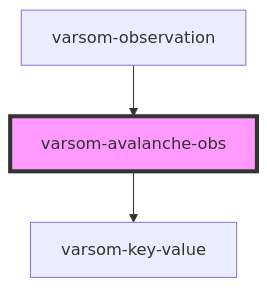
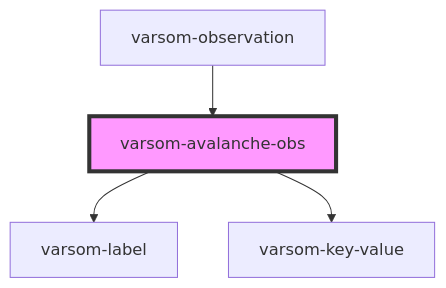
One commit to NVE/varsom-observation changed the diagram in observasjonskort/src/components/varsom-avalanche-obs/readme.md. Above: the diagram before and after it, drawn with Mermaid. The commit also changed other lines of this file and 14 other files, not shown here.

````diff
--- a/observasjonskort/src/components/varsom-avalanche-obs/readme.md
+++ b/observasjonskort/src/components/varsom-avalanche-obs/readme.md
@@ -51,6 +52,7 @@
 ```mermaid
 graph TD;
+  varsom-avalanche-obs --> varsom-label
   varsom-avalanche-obs --> varsom-key-value
   varsom-observation --> varsom-avalanche-obs
   style varsom-avalanche-obs fill:#f9f,stroke:#333,stroke-width:4px
 ```
````
